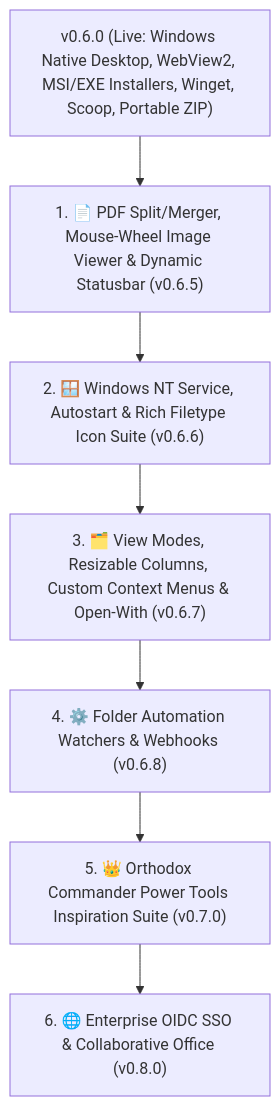
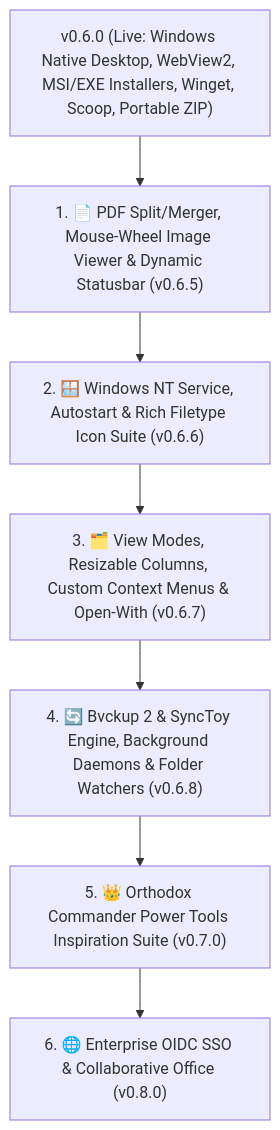
Before and after one commit to Woofson/commanderdog: the diagram in ROADMAP.md, drawn with Mermaid. The commit also changed other lines of this file and 40 other files, not shown here.

Commit message:
feat: implement PDF Studio (merge/split/reorder), statusbar counter, Windows NT service & autostart, rich MIME icons, home dir fallback, and updated roadmap (v0.6.6-rc1)

````diff
--- a/ROADMAP.md
+++ b/ROADMAP.md
@@ -51,9 +98,9 @@
 ```mermaid
 graph TD
     A["v0.6.0 (Live: Windows Native Desktop, WebView2, MSI/EXE Installers, Winget, Scoop, Portable ZIP)"] --> B["1. 📄 PDF Split/Merger, Mouse-Wheel Image Viewer & Dynamic Statusbar (v0.6.5)"]
     B --> C["2. 🪟 Windows NT Service, Autostart & Rich Filetype Icon Suite (v0.6.6)"]
     C --> D["3. 🗂️ View Modes, Resizable Columns, Custom Context Menus & Open-With (v0.6.7)"]
-    D --> E["4. ⚙️ Folder Automation Watchers & Webhooks (v0.6.8)"]
+    D --> E["4. 🔄 Bvckup 2 & SyncToy Engine, Background Daemons & Folder Watchers (v0.6.8)"]
     E --> F["5. 👑 Orthodox Commander Power Tools Inspiration Suite (v0.7.0)"]
     F --> G["6. 🌐 Enterprise OIDC SSO & Collaborative Office (v0.8.0)"]
 ```
````
